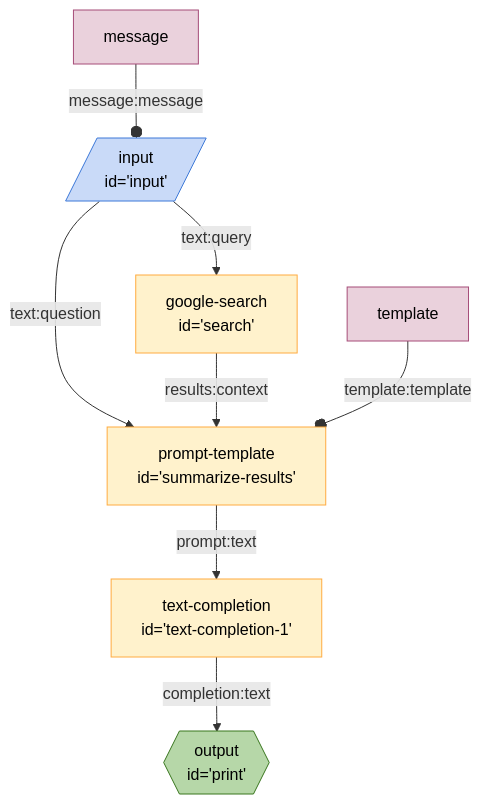
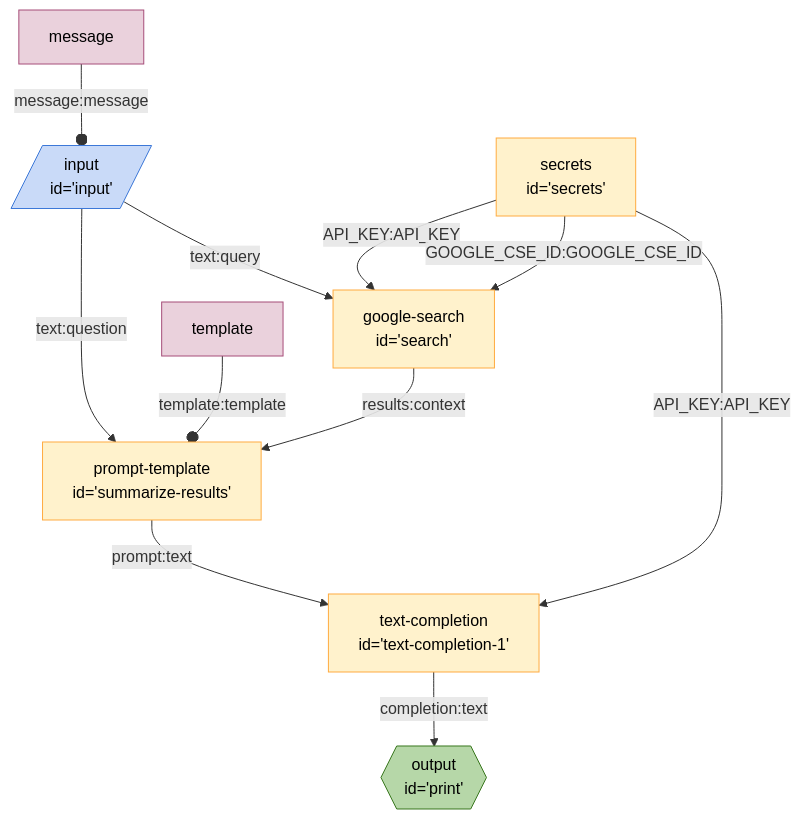
Before and after one commit to breadboard-ai/breadboard: the diagram in seeds/graph-playground/docs/graphs/search-summarize.md, drawn with Mermaid. The commit also changed 14 other files, not shown here.

Commit message:
[graphs] Update graph diagrams.

````diff
--- a/seeds/graph-playground/docs/graphs/search-summarize.md
+++ b/seeds/graph-playground/docs/graphs/search-summarize.md
@@ -4,28 +4,37 @@
 ```mermaid
 %%{init: 'themeVariables': { 'fontFamily': 'Fira Code, monospace' }}%%
 graph TD;
 input[/"input
 id='input'"/]:::input -- text:question --> summarizeresults["prompt-template
 id='summarize-results'"]
+secrets["secrets
+id='secrets'"] -- API_KEY:API_KEY --> search["google-search
+id='search'"]
+secrets["secrets
+id='secrets'"] -- GOOGLE_CSE_ID:GOOGLE_CSE_ID --> search["google-search
+id='search'"]
 input[/"input
 id='input'"/]:::input -- text:query --> search["google-search
 id='search'"]
 search["google-search
 id='search'"] -- results:context --> summarizeresults["prompt-template
 id='summarize-results'"]
+secrets["secrets
+id='secrets'"] -- API_KEY:API_KEY --> textcompletion1["text-completion
+id='text-completion-1'"]
 summarizeresults["prompt-template
 id='summarize-results'"] -- prompt:text --> textcompletion1["text-completion
 id='text-completion-1'"]
 textcompletion1["text-completion
 id='text-completion-1'"] -- completion:text --> print{{"output
 id='print'"}}:::output
 messageinput[message]:::config -- message:message --o input
 templatesummarizeresults[template]:::config -- template:template --o summarizeresults
 classDef default stroke:#ffab40,fill:#fff2ccff,color:#000
 classDef input stroke:#3c78d8,fill:#c9daf8ff,color:#000
 classDef output stroke:#38761d,fill:#b6d7a8ff,color:#000
 classDef passthrough stroke:#a64d79,fill:#ead1dcff,color:#000
 classDef slot stroke:#a64d79,fill:#ead1dcff,color:#000
 classDef config stroke:#a64d79,fill:#ead1dcff,color:#000
 classDef slotted stroke:#a64d79
 ```
````
